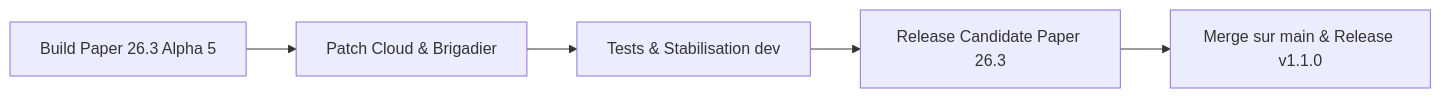
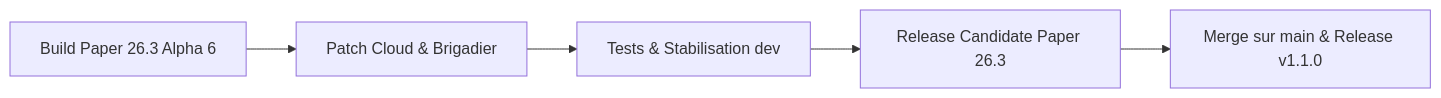
One commit to WilliamBossard/GensCore changed the diagram in docs/fr/guide/roadmap-26-3.md. Above: the diagram before and after it, drawn with Mermaid. The commit also changed other lines of this file and 9 other files, not shown here.

Commit message:
feat(paper): upgrade to 26.3.build.6-alpha, update JDA 6.6.0 & SLF4J 2.0.19, and hide minigames menu when disabled

````diff
--- a/docs/fr/guide/roadmap-26-3.md
+++ b/docs/fr/guide/roadmap-26-3.md
@@ -67,7 +67,7 @@
 ```mermaid
 flowchart LR
-    A[Build Paper 26.3 Alpha 5] --> B[Patch Cloud & Brigadier]
+    A[Build Paper 26.3 Alpha 6] --> B[Patch Cloud & Brigadier]
     B --> C[Tests & Stabilisation dev]
     C --> D[Release Candidate Paper 26.3]
     D --> E[Merge sur main & Release v1.1.0]
 ```
````
